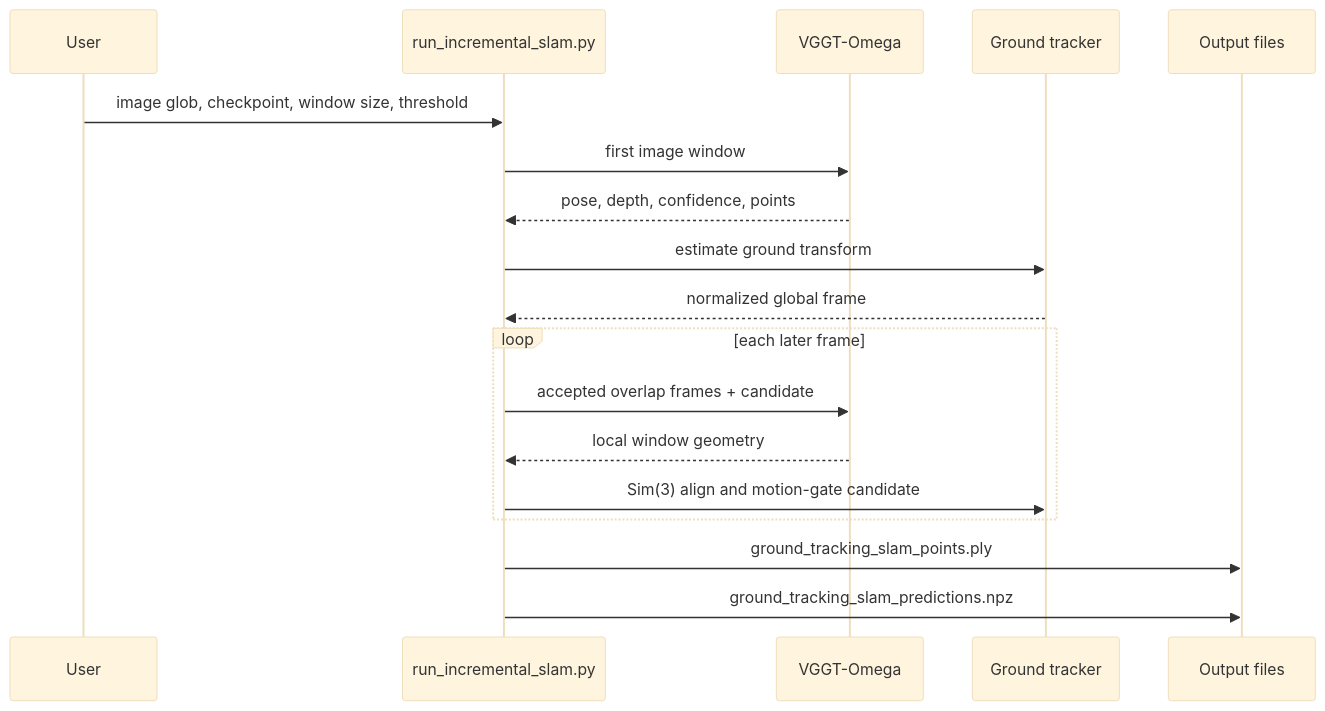
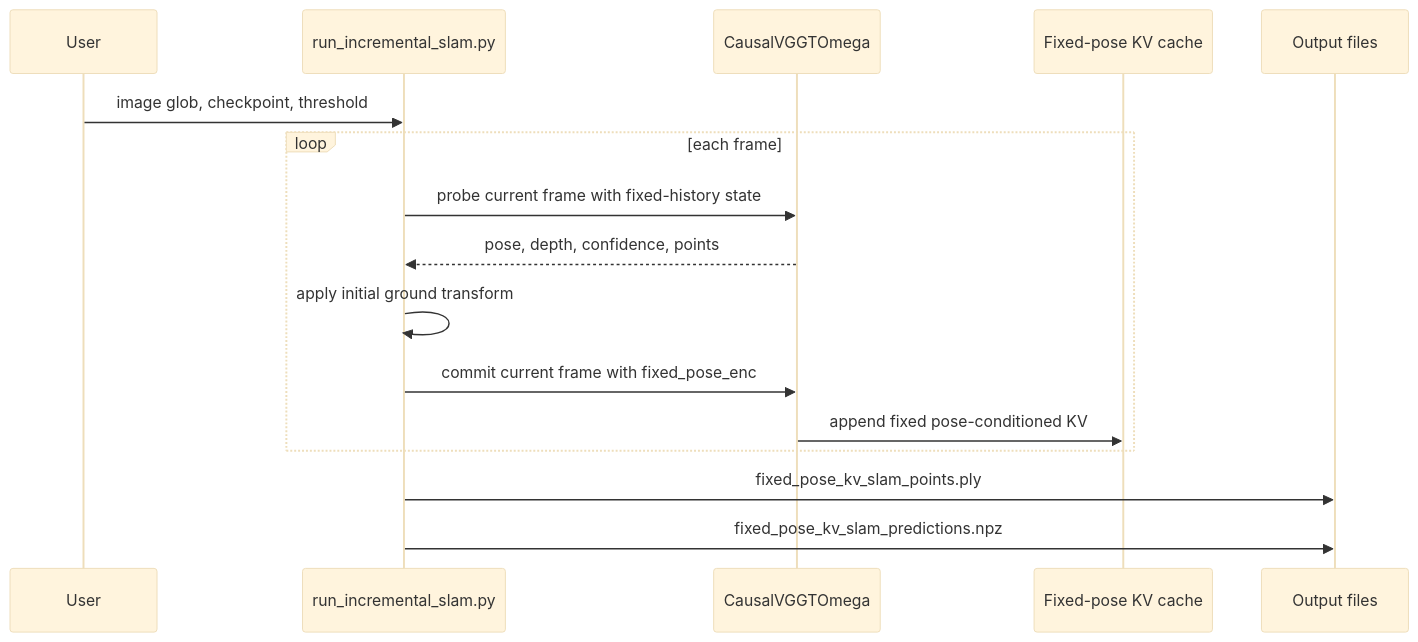
The second of 2 diagrams in README.md (baoxperceptionio/vggt-omega-slam), drawn with Mermaid (base theme) before and after one commit. The commit also changed other lines of this file and 10 other files, not shown here.

Commit message:
Add fixed-pose KV SLAM workflow

````diff
--- a/README.md
+++ b/README.md
@@ -226,21 +136,19 @@
 ```mermaid
 sequenceDiagram
     participant User
     participant Runner as run_incremental_slam.py
-    participant VGGT as VGGT-Omega
-    participant Tracker as Ground tracker
+    participant Model as CausalVGGTOmega
+    participant Cache as Fixed-pose KV cache
     participant Output as Output files
 
-    User->>Runner: image glob, checkpoint, window size, threshold
-    Runner->>VGGT: first image window
-    VGGT-->>Runner: pose, depth, confidence, points
-    Runner->>Tracker: estimate ground transform
-    Tracker-->>Runner: normalized global frame
-    loop each later frame
-        Runner->>VGGT: accepted overlap frames + candidate
-        VGGT-->>Runner: local window geometry
-        Runner->>Tracker: Sim(3) align and motion-gate candidate
+    User->>Runner: image glob, checkpoint, threshold
+    loop each frame
+        Runner->>Model: probe current frame with fixed-history state
+        Model-->>Runner: pose, depth, confidence, points
+        Runner->>Runner: apply initial ground transform
+        Runner->>Model: commit current frame with fixed_pose_enc
+        Model->>Cache: append fixed pose-conditioned KV
     end
-    Runner->>Output: ground_tracking_slam_points.ply
-    Runner->>Output: ground_tracking_slam_predictions.npz
+    Runner->>Output: fixed_pose_kv_slam_points.ply
+    Runner->>Output: fixed_pose_kv_slam_predictions.npz
 ```
````
